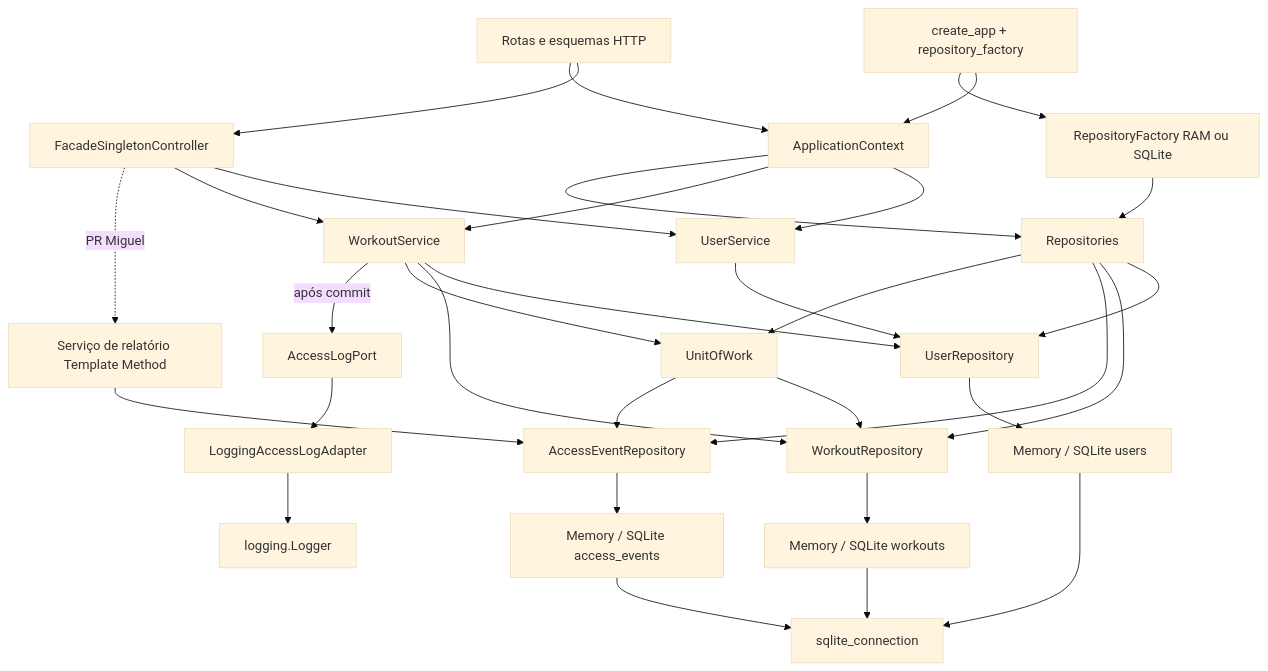
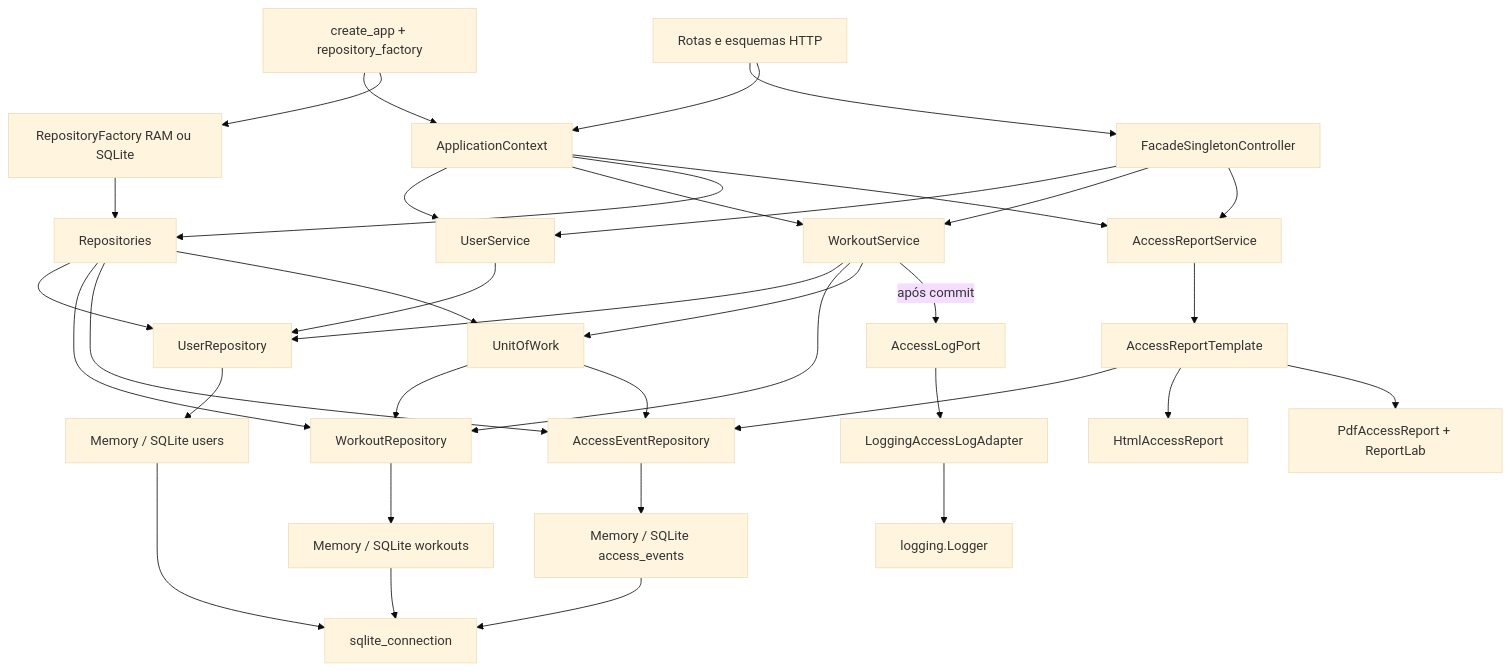
One commit to Miguelqfs/training-platform changed the first of 3 diagrams in docs/arquitetura.md. Above: the diagram before and after it, drawn with Mermaid (base theme). The commit also changed other lines of this file and 20 other files, not shown here.

Commit message:
feat(reports): gerar relatórios HTML e PDF com Template Method

````diff
--- a/docs/arquitetura.md
+++ b/docs/arquitetura.md
@@ -15,34 +15,38 @@
 ```mermaid
 flowchart TD
     HTTP[Rotas e esquemas HTTP] --> F[FacadeSingletonController]
     APP[create_app + repository_factory] --> C[ApplicationContext]
     HTTP --> C
     F --> US[UserService]
     F --> WS[WorkoutService]
     C --> US
     C --> WS
     C --> R[Repositories]
     FACT[RepositoryFactory RAM ou SQLite] --> R
     APP --> FACT
     US --> UR[UserRepository]
     WS --> UR
     WS --> WR[WorkoutRepository]
     WS --> UoW[UnitOfWork]
     WS -->|após commit| LP[AccessLogPort]
     LP --> LA[LoggingAccessLogAdapter]
     LA --> LOG[logging.Logger]
     UoW --> WR
     UoW --> AR[AccessEventRepository]
     R --> UR
     R --> WR
     R --> AR
     R --> UoW
     UR --> UM[Memory / SQLite users]
     WR --> WM[Memory / SQLite workouts]
     AR --> AM[Memory / SQLite access_events]
     AM --> SQL[sqlite_connection]
     WM --> SQL
     UM --> SQL
-    F -.->|PR Miguel| RS[Serviço de relatório Template Method]
-    RS --> AR
+    F --> RS[AccessReportService]
+    C --> RS
+    RS --> RT[AccessReportTemplate]
+    RT --> AR
+    RT --> HTML[HtmlAccessReport]
+    RT --> PDF[PdfAccessReport + ReportLab]
 ```
````
